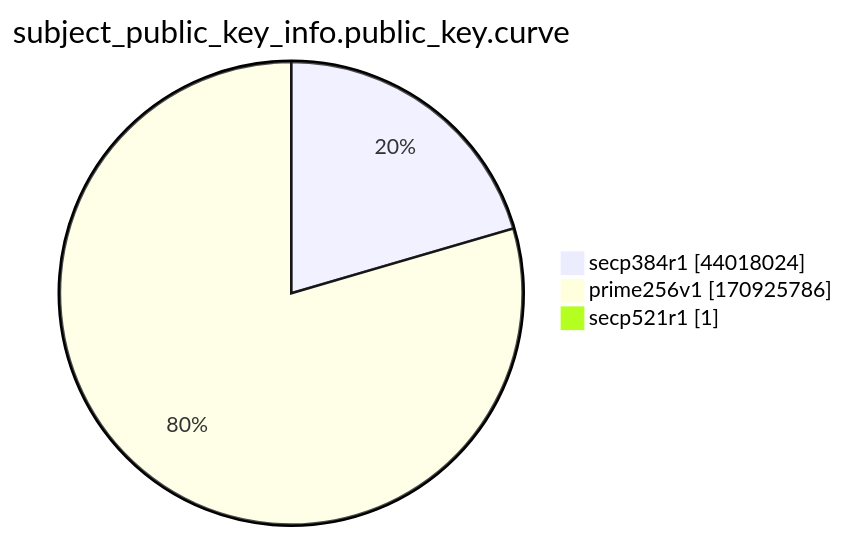
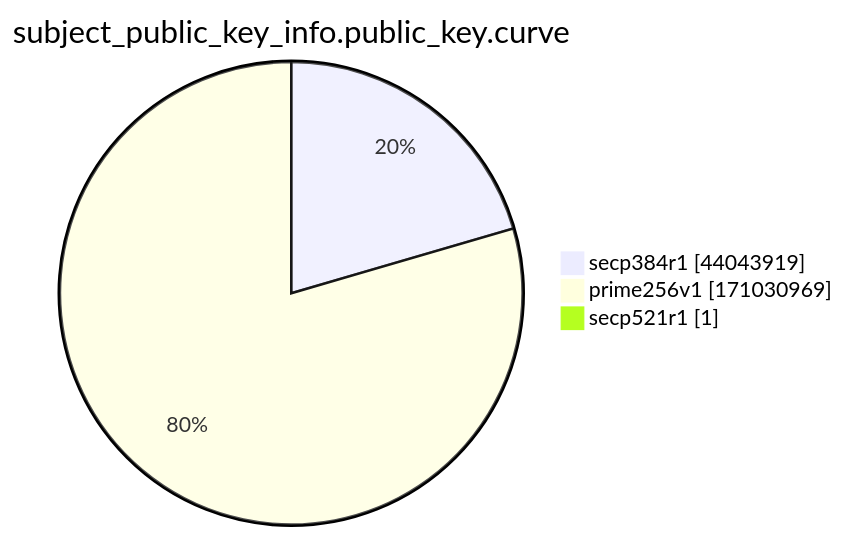
Before and after one commit to christiankrug/ctmonitor_visualization: the ninth of 15 diagrams in xenon2022/README.md, drawn with Mermaid. The commit also changed other lines of this file, not shown here.

````diff
--- a/xenon2022/README.md
+++ b/xenon2022/README.md
@@ -2871,7 +2871,7 @@
 ```mermaid
 pie showData
 title subject_public_key_info.public_key.curve
-"secp384r1" :44018024
-"prime256v1" :170925786
+"secp384r1" :44043919
+"prime256v1" :171030969
 "secp521r1" :1
 ```
````
